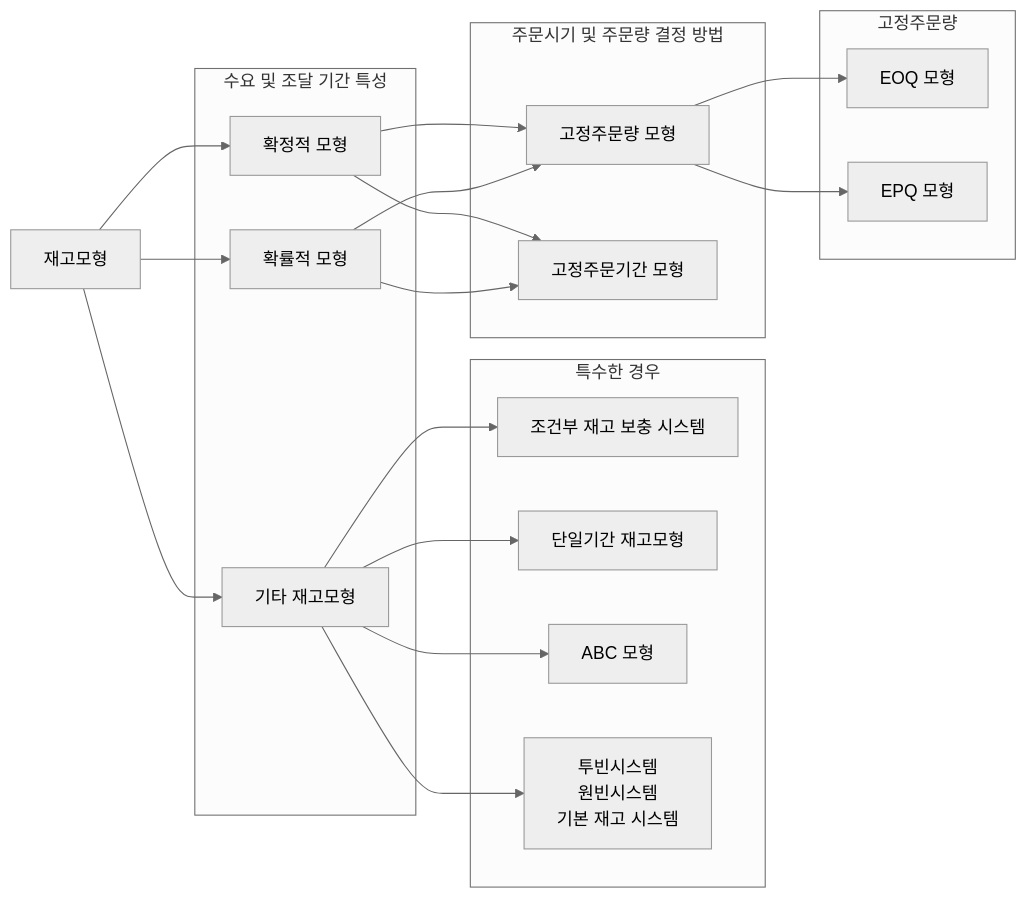
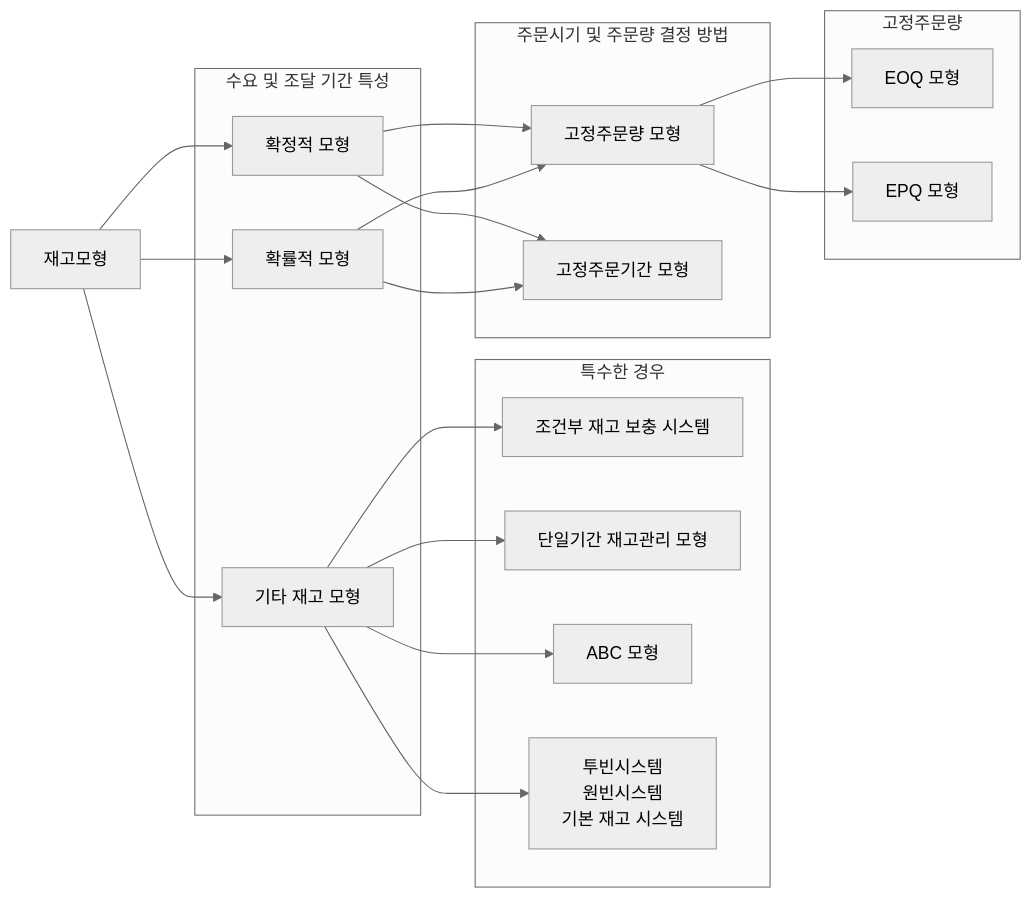
Before and after one commit to yeonkyupark/PEPC: the second of 2 diagrams in 2-4.물류관리(자재 및 재고관리).qmd, drawn with Mermaid (neutral theme). The commit also changed other lines of this file, not shown here.

Commit message:
Update 2-4.물류관리(자재 및 재고관리).qmd

````diff
--- a/2-4.물류관리(자재 및 재고관리).qmd
+++ b/2-4.물류관리(자재 및 재고관리).qmd
@@ -101,44 +103,44 @@
 ```{mermaid}
 flowchart LR
 
 0[재고모형]
 11[확정적 모형]
 12[확률적 모형]
-13[기타 재고모형]
+13[기타 재고 모형]
 21[고정주문량 모형]
 22[고정주문기간 모형]
 23[조건부 재고 보충 시스템]
-24[단일기간 재고모형]
+24[단일기간 재고관리 모형]
 25[ABC 모형]
 26["투빈시스템<br>원빈시스템<br>기본 재고 시스템"]
 31[EOQ 모형]
 32[EPQ 모형]
 
 subgraph s4[특수한 경우]
 23
 24
 25
 26
 end
 
 subgraph s1[수요 및 조달 기간 특성]
 11
 12
 13
 end
 
 subgraph s2[주문시기 및 주문량 결정 방법]
 21
 22
 end
 
 subgraph s3[고정주문량]
 31
 32
 end
 
 0 --> 11 & 12 & 13
 11 & 12 --> 21 & 22
 13 --> 23 & 24 & 25 & 26
 21 --> 31 & 32
 ```
````
